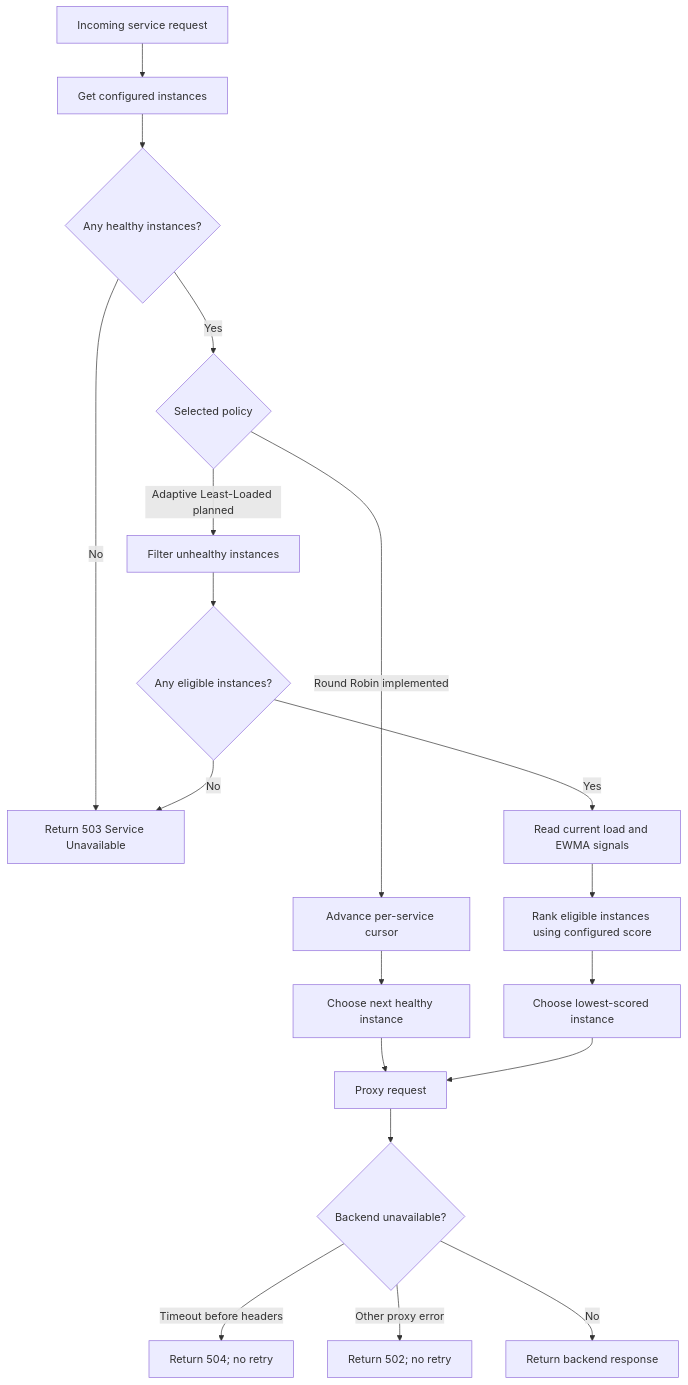
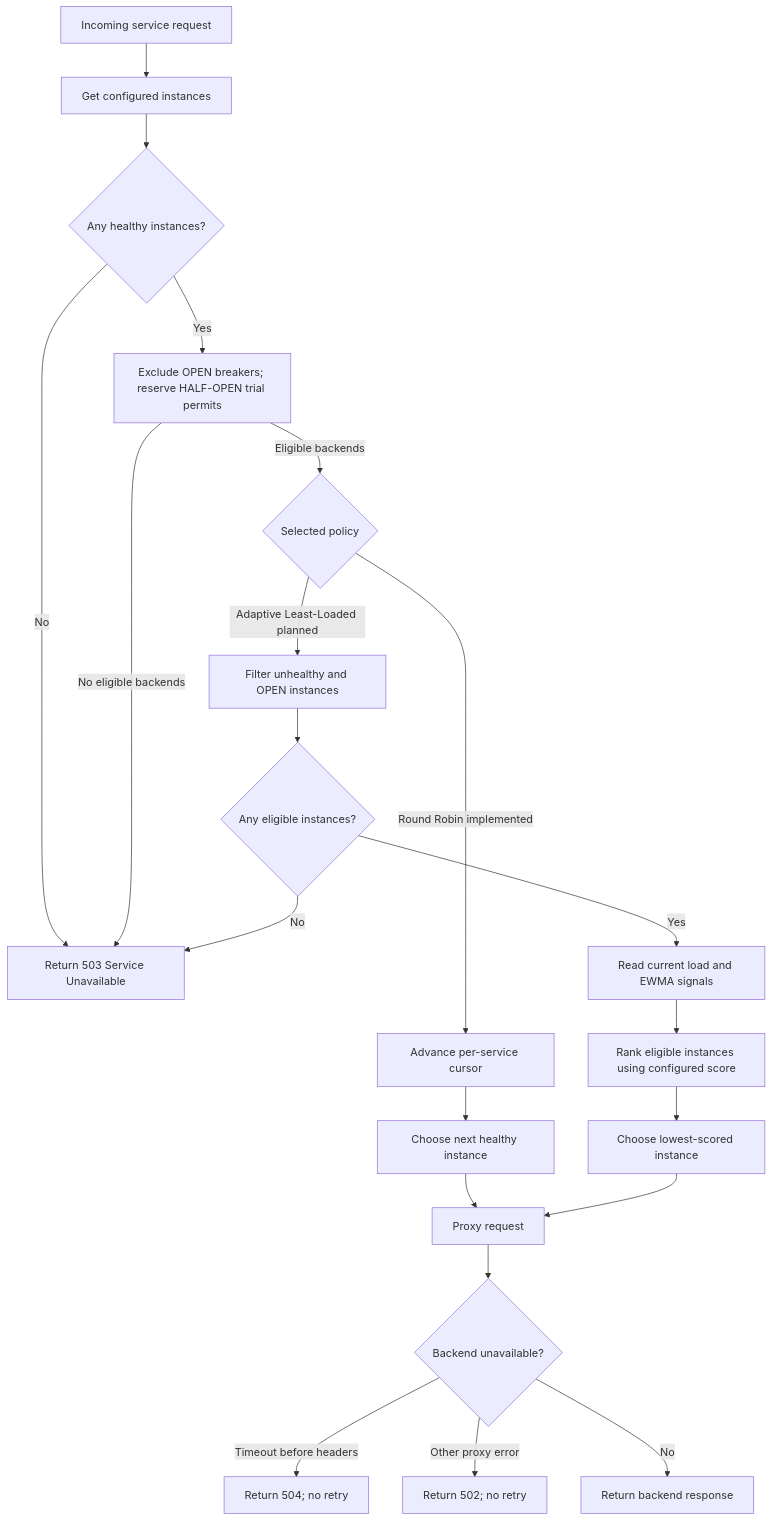
The third of 4 diagrams in ARCHITECTURE.md (Yushi7/IntelliGate), drawn with Mermaid before and after one commit. The commit also changed other lines of this file and 12 other files, not shown here.

````diff
--- a/ARCHITECTURE.md
+++ b/ARCHITECTURE.md
@@ -157,21 +160,23 @@
 ```mermaid
 flowchart TD
     Start[Incoming service request] --> Pool[Get configured instances]
     Pool --> Health{Any healthy instances?}
     Health -->|No| Fail[Return 503 Service Unavailable]
-    Health -->|Yes| Policy{Selected policy}
+    Health -->|Yes| Admission[Exclude OPEN breakers; reserve HALF-OPEN trial permits]
+    Admission -->|No eligible backends| Fail
+    Admission -->|Eligible backends| Policy{Selected policy}
     Policy -->|Round Robin implemented| RR[Advance per-service cursor]
     RR --> RRChoice[Choose next healthy instance]
-    Policy -->|Adaptive Least-Loaded planned| Filter[Filter unhealthy instances]
+    Policy -->|Adaptive Least-Loaded planned| Filter[Filter unhealthy and OPEN instances]
     Filter --> Empty{Any eligible instances?}
     Empty -->|No| Fail
     Empty -->|Yes| Signals[Read current load and EWMA signals]
     Signals --> Score[Rank eligible instances using configured score]
     Score --> AdaptiveChoice[Choose lowest-scored instance]
     RRChoice --> Proxy[Proxy request]
     AdaptiveChoice --> Proxy
     Proxy --> Failure{Backend unavailable?}
     Failure -->|Timeout before headers| GatewayTimeout[Return 504; no retry]
     Failure -->|Other proxy error| BadGateway[Return 502; no retry]
     Failure -->|No| Response[Return backend response]
 ```
````
